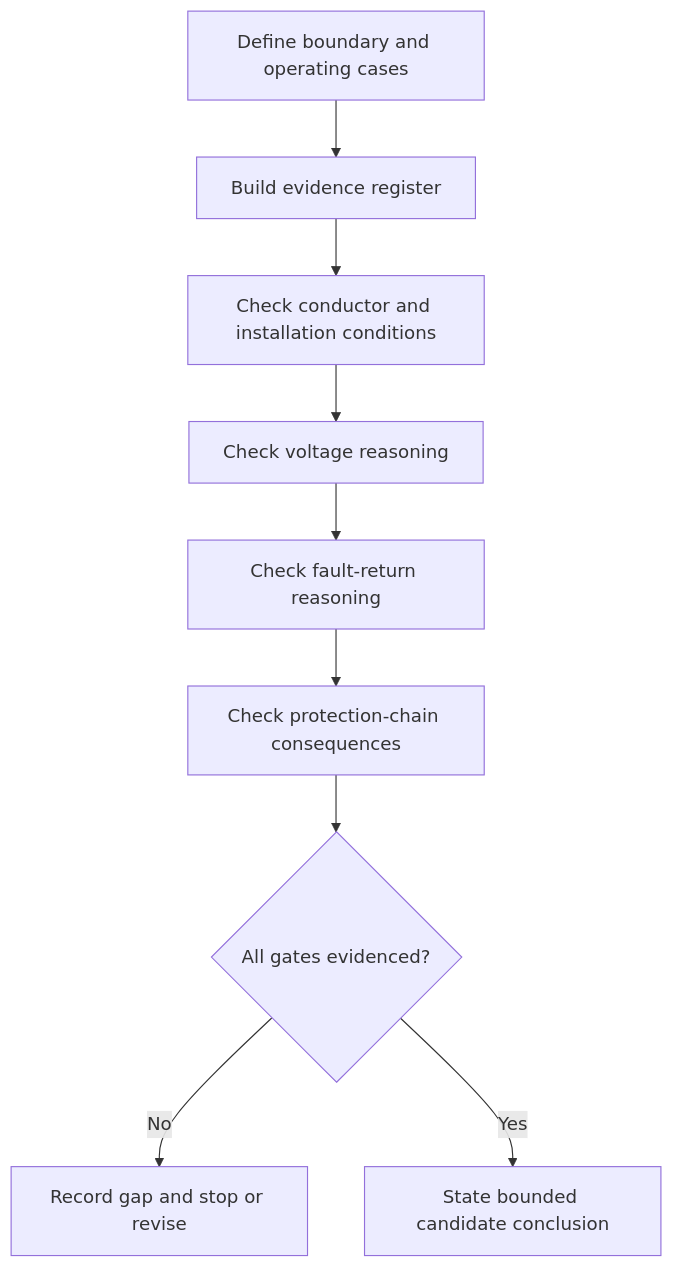
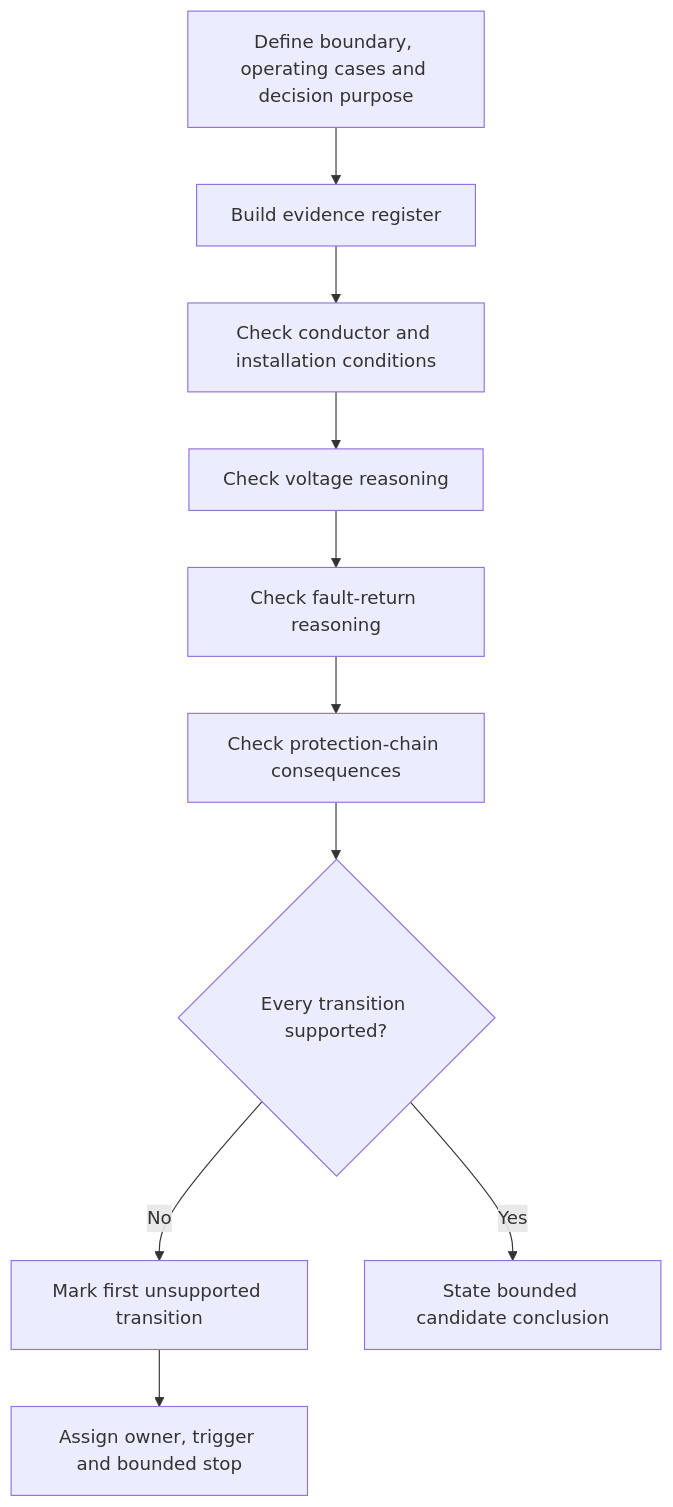
The first of 2 diagrams in docs/learning-plans/12-week/modules/day-34-integrated-protection-conductor-and-voltage-scenario.md (andrew3stedall/capstone), drawn with Mermaid before and after one commit. The commit also changed other lines of this file, not shown here.

````diff
--- a/docs/learning-plans/12-week/modules/day-34-integrated-protection-conductor-and-voltage-scenario.md
+++ b/docs/learning-plans/12-week/modules/day-34-integrated-protection-conductor-and-voltage-scenario.md
@@ -66,11 +86,12 @@
 ```mermaid
 flowchart TD
-    A[Define boundary and operating cases] --> B[Build evidence register]
+    A[Define boundary, operating cases and decision purpose] --> B[Build evidence register]
     B --> C[Check conductor and installation conditions]
     C --> D[Check voltage reasoning]
     D --> E[Check fault-return reasoning]
     E --> F[Check protection-chain consequences]
-    F --> G{All gates evidenced?}
-    G -->|No| H[Record gap and stop or revise]
-    G -->|Yes| I[State bounded candidate conclusion]
+    F --> G{Every transition supported?}
+    G -->|No| H[Mark first unsupported transition]
+    H --> I[Assign owner, trigger and bounded stop]
+    G -->|Yes| J[State bounded candidate conclusion]
 ```
````
